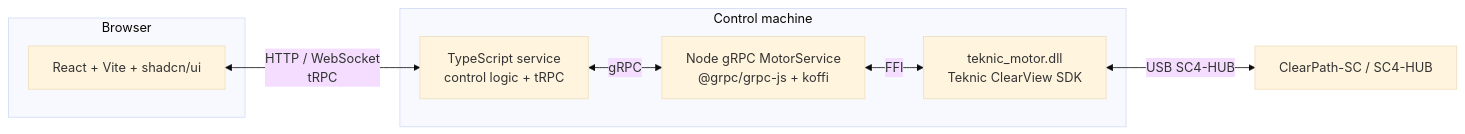
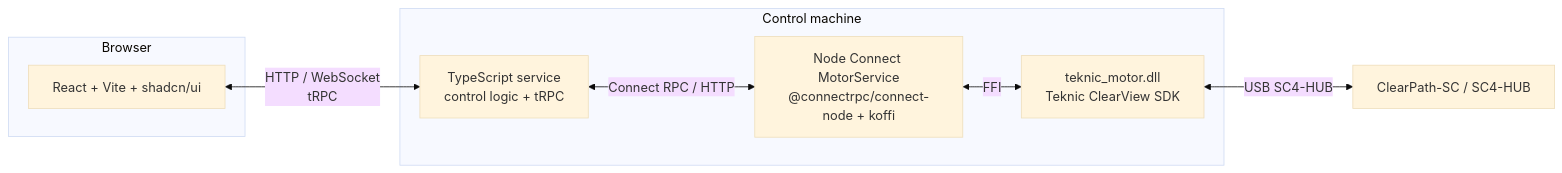
The diagram in docs/TECHDOC.md (SamuelC54/real-pendulum-2), drawn with Mermaid (base theme) before and after one commit. The commit also changed other lines of this file and 26 other files, not shown here.

First line of the commit message:
feat: migrate motor stack to Connect RPC with shared proto package

````diff
--- a/docs/TECHDOC.md
+++ b/docs/TECHDOC.md
@@ -20,17 +20,17 @@
 ```mermaid
 flowchart LR
   subgraph browser [Browser]
     UI[React + Vite + shadcn/ui]
   end
   subgraph node [Control machine]
     TS[TypeScript service\ncontrol logic + tRPC]
-    MS[Node gRPC MotorService\n@grpc/grpc-js + koffi]
+    MS[Node Connect MotorService\n@connectrpc/connect-node + koffi]
     DLL[teknic_motor.dll\nTeknic ClearView SDK]
   end
   HW[ClearPath-SC / SC4-HUB]
 
   UI <-->|HTTP / WebSocket\ntRPC| TS
-  TS <-->|gRPC| MS
+  TS <-->|Connect RPC / HTTP| MS
   MS <-->|FFI| DLL
   DLL <-->|USB SC4-HUB| HW
 ```
````
